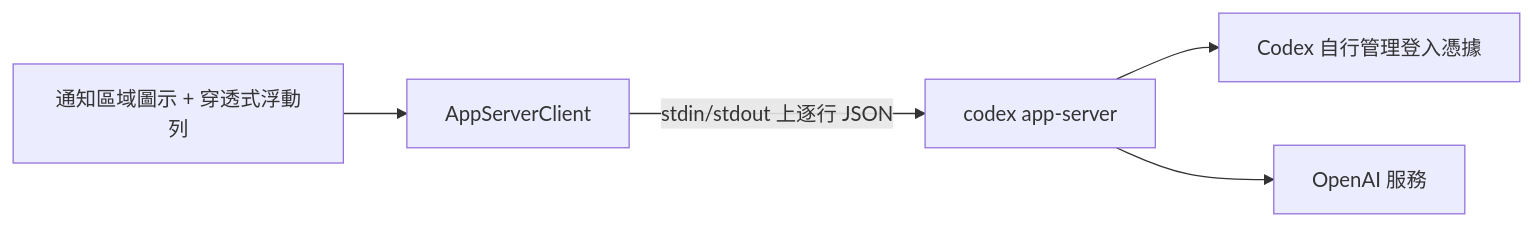
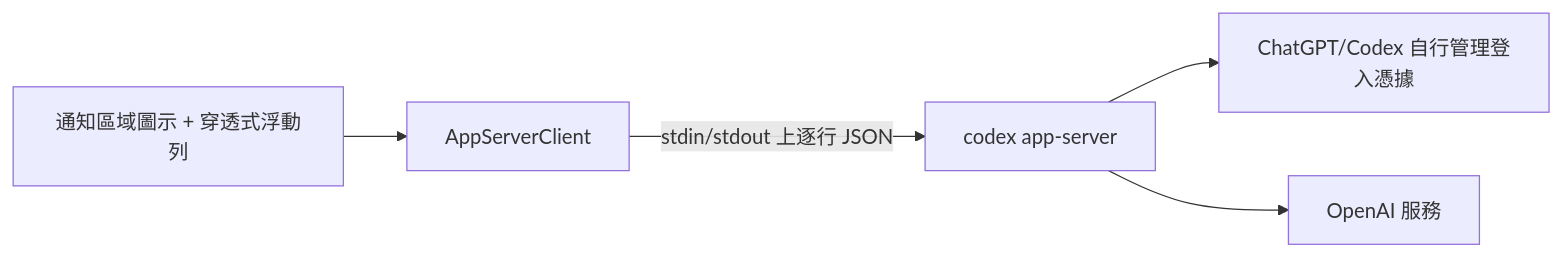
One commit to D1NOOO/codex-usage-monitor changed the diagram in README.zh-TW.md. Above: the diagram before and after it, drawn with Mermaid. The commit also changed other lines of this file and 6 other files, not shown here.

Commit message:
Adapt monitor for ChatGPT desktop

````diff
--- a/README.zh-TW.md
+++ b/README.zh-TW.md
@@ -74,7 +93,7 @@
 ```mermaid
 flowchart LR
     UI["通知區域圖示 + 穿透式浮動列"] --> Client["AppServerClient"]
     Client -->|"stdin/stdout 上逐行 JSON"| Server["codex app-server"]
-    Server --> Auth["Codex 自行管理登入憑據"]
+    Server --> Auth["ChatGPT/Codex 自行管理登入憑據"]
     Server --> API["OpenAI 服務"]
 ```
````
